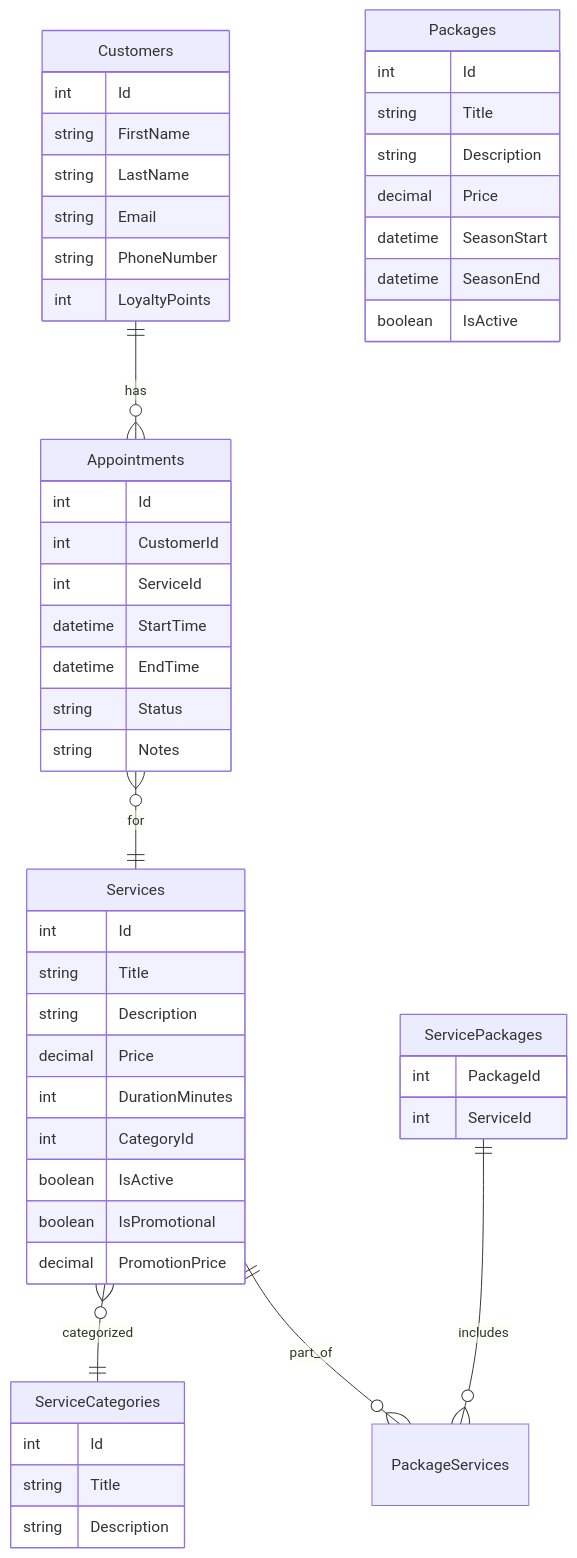
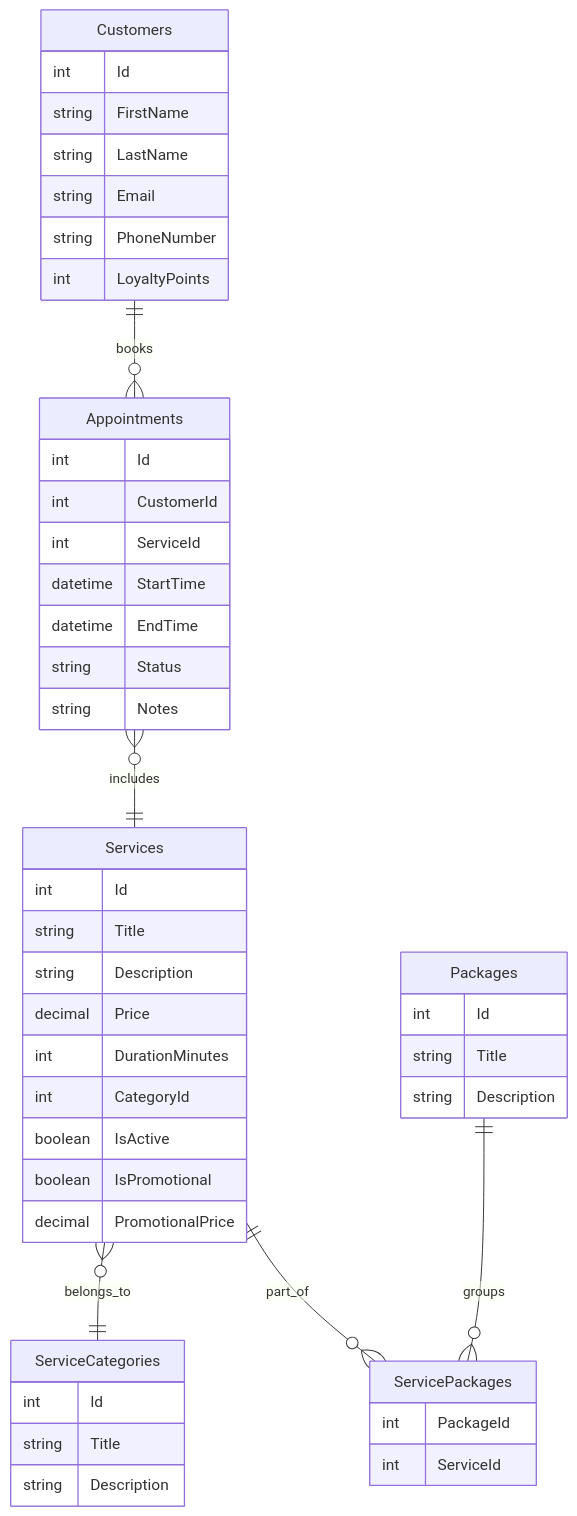
Before and after one commit to Judas1987/uno-coea-beauty-mgmt: the diagram in database/README.md, drawn with Mermaid. The commit also changed 4 other files, not shown here.

````diff
--- a/database/README.md
+++ b/database/README.md
@@ -5,61 +5,57 @@
 ```mermaid
 erDiagram
 
 Customers {
     int Id
     string FirstName
     string LastName
     string Email
     string PhoneNumber
     int LoyaltyPoints
 }
 
 Appointments {
     int Id
     int CustomerId
     int ServiceId
     datetime StartTime
     datetime EndTime
     string Status
     string Notes
 }
 
 Services {
     int Id
     string Title
     string Description
     decimal Price
     int DurationMinutes
     int CategoryId
     boolean IsActive
     boolean IsPromotional
-    decimal PromotionPrice
+    decimal PromotionalPrice
 }
 
 ServiceCategories {
     int Id
     string Title
     string Description
 }
 
 Packages {
     int Id
     string Title
     string Description
-    decimal Price
-    datetime SeasonStart
-    datetime SeasonEnd
-    boolean IsActive
 }
 
 ServicePackages {
     int PackageId
     int ServiceId
 }
 
-Customers ||--o{ Appointments : has
-Appointments }o--|| Services : for
-Services }o--|| ServiceCategories : categorized
-ServicePackages ||--o{ PackageServices : includes
-Services ||--o{ PackageServices : part_of
+Customers ||--o{ Appointments : books
+Appointments }o--|| Services : includes
+Services }o--|| ServiceCategories : belongs_to
+Packages ||--o{ ServicePackages : groups
+Services ||--o{ ServicePackages : part_of
 ```
````
